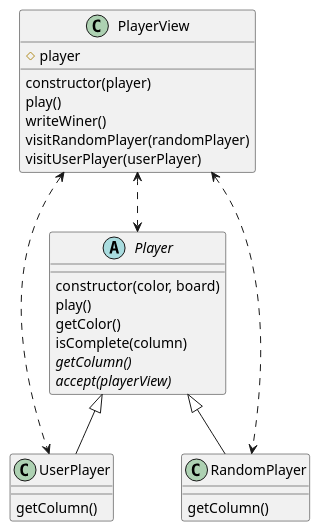
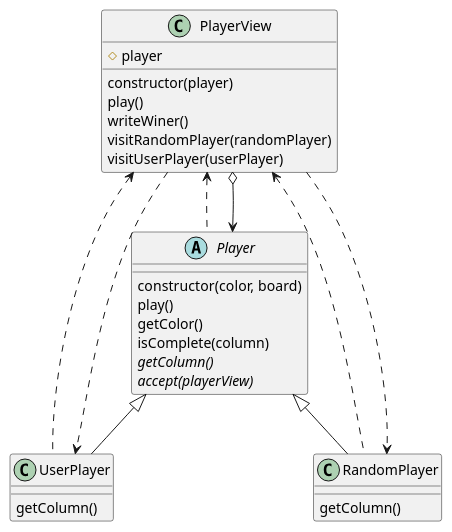
One commit to matiasWid/src changed the diagram in game/connect4/viewModels/machine/docs/diagram.plantuml. Above: the diagram before and after it, drawn with PlantUML. The commit also changed 1 other file, not shown here.

```diff
--- a/game/connect4/viewModels/machine/docs/diagram.plantuml
+++ b/game/connect4/viewModels/machine/docs/diagram.plantuml
@@ -1,36 +1,39 @@
 @startuml  
 
 abstract class Player {
     constructor(color, board)
     play()
     getColor()
     isComplete(column)
     {abstract} getColumn()
     {abstract} accept(playerView)
 }
 
 class UserPlayer{
     getColumn()
 }
 
 class RandomPlayer{
     getColumn()
 }
 
 Player <|-down- UserPlayer 
 Player <|-down- RandomPlayer
 
 class PlayerView{
     #player
     constructor(player)
     play()
     writeWiner()
     visitRandomPlayer(randomPlayer)
     visitUserPlayer(userPlayer)
 }
 
-PlayerView <..> UserPlayer
-PlayerView <..> RandomPlayer
-PlayerView <..> Player
+PlayerView <.. UserPlayer
+PlayerView <.. RandomPlayer
+PlayerView ..> UserPlayer
+PlayerView ..> RandomPlayer
+PlayerView <.. Player
+PlayerView o--> Player
 
 @enduml
```
